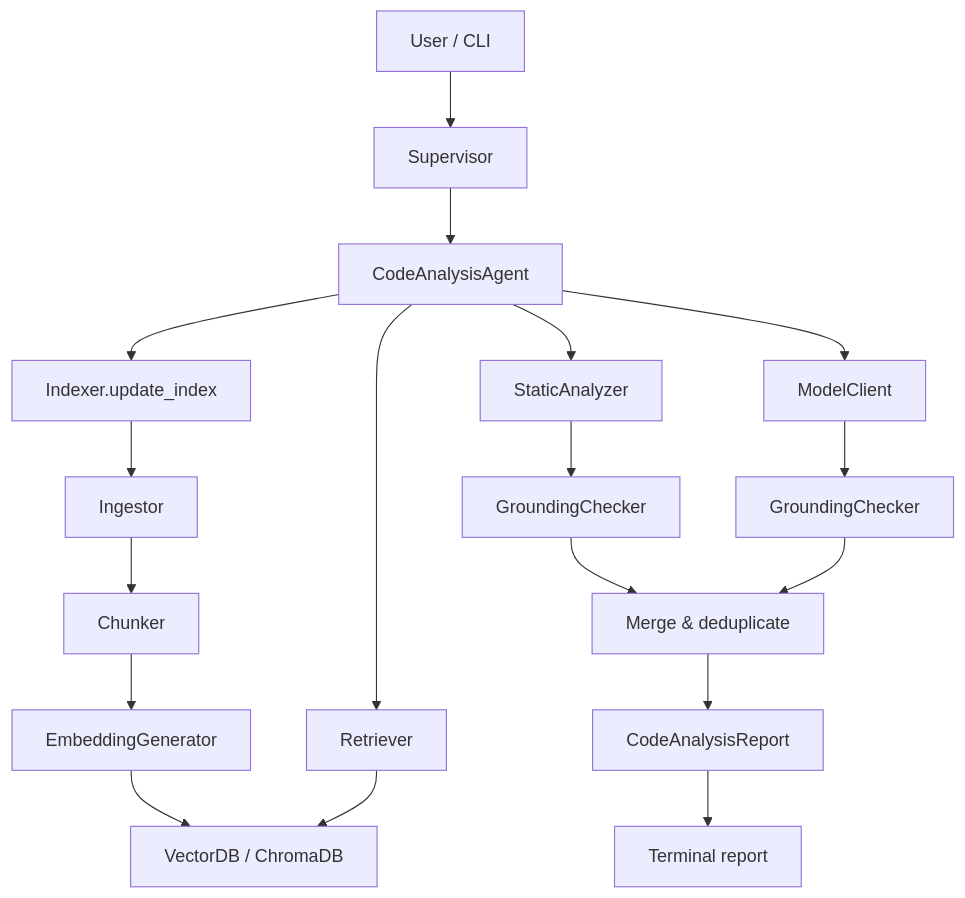
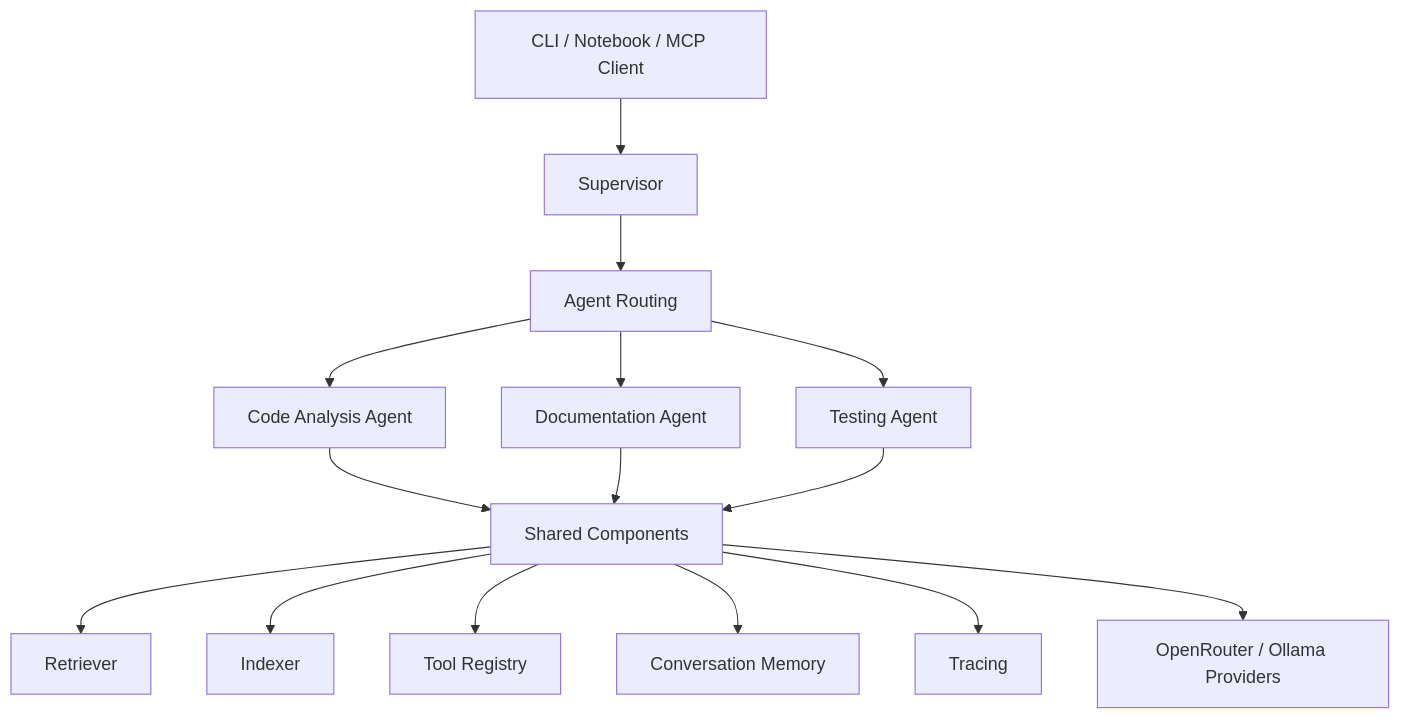
Before and after one commit to Huzaifa859/AgenticAI-Intern-Huzaifa-Saboor-: the first of 3 diagrams in Project/README.md, drawn with Mermaid. The commit also changed other lines of this file and 2 other files, not shown here.

First line of the commit message:
Document the completed multi-agent assistant in the project README.

````diff
--- a/Project/README.md
+++ b/Project/README.md
@@ -57,25 +63,18 @@
 ```mermaid
 flowchart TD
-    User[User / CLI] --> Supervisor
-    Supervisor --> Agent[CodeAnalysisAgent]
-
-    Agent --> Index[Indexer.update_index]
-    Index --> Ingest[Ingestor]
-    Ingest --> Chunk[Chunker]
-    Chunk --> Embed[EmbeddingGenerator]
-    Embed --> Store[VectorDB / ChromaDB]
-
-    Agent --> Static[StaticAnalyzer]
-    Static --> Ground1[GroundingChecker]
-
-    Agent --> Retrieve[Retriever]
-    Retrieve --> Store
-
-    Agent --> Model[ModelClient]
-    Model --> Ground2[GroundingChecker]
-
-    Ground1 --> Merge[Merge & deduplicate]
-    Ground2 --> Merge
-    Merge --> Report[CodeAnalysisReport]
-    Report --> Output[Terminal report]
+    CLI[CLI / Notebook / MCP Client]
+    CLI --> Supervisor[Supervisor]
+    Supervisor --> Routing[Agent Routing]
+    Routing --> CAA[Code Analysis Agent]
+    Routing --> DA[Documentation Agent]
+    Routing --> TA[Testing Agent]
+    CAA --> Shared[Shared Components]
+    DA --> Shared
+    TA --> Shared
+    Shared --> Retriever[Retriever]
+    Shared --> Indexer[Indexer]
+    Shared --> Registry[Tool Registry]
+    Shared --> Memory[Conversation Memory]
+    Shared --> Tracer[Tracing]
+    Shared --> Providers[OpenRouter / Ollama Providers]
 ```
````
